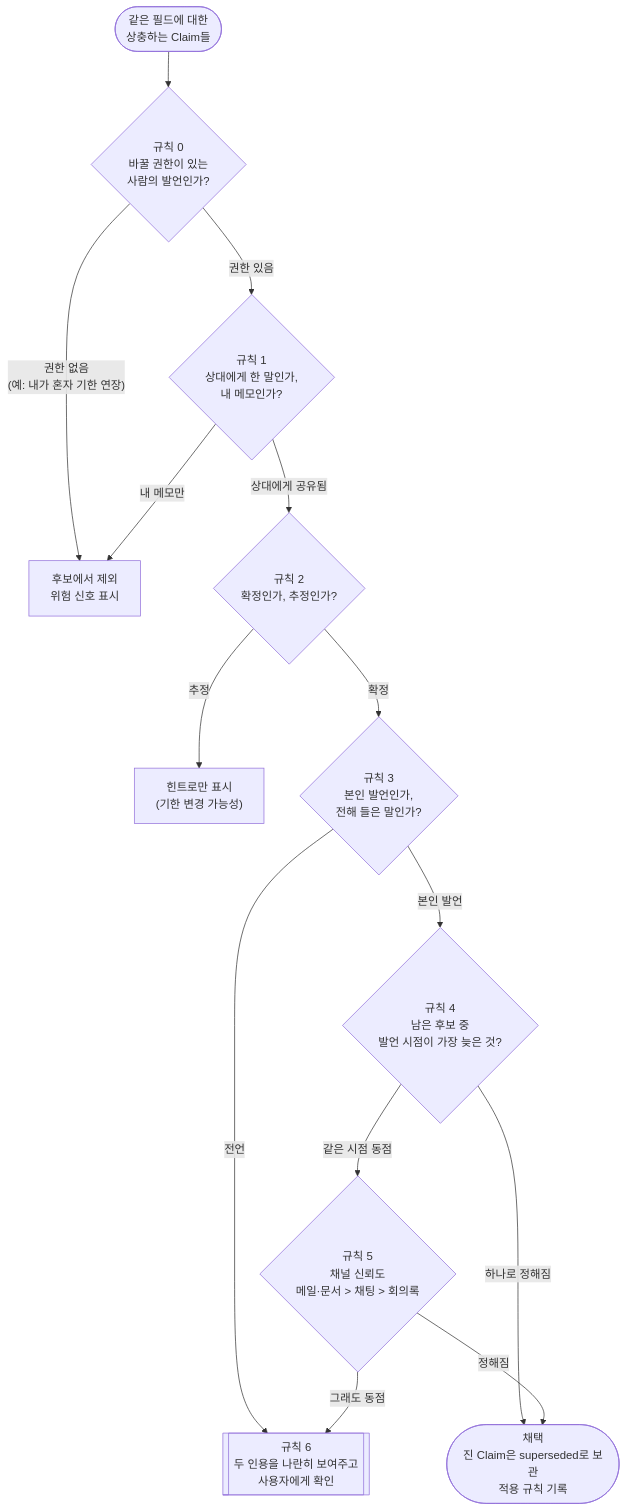
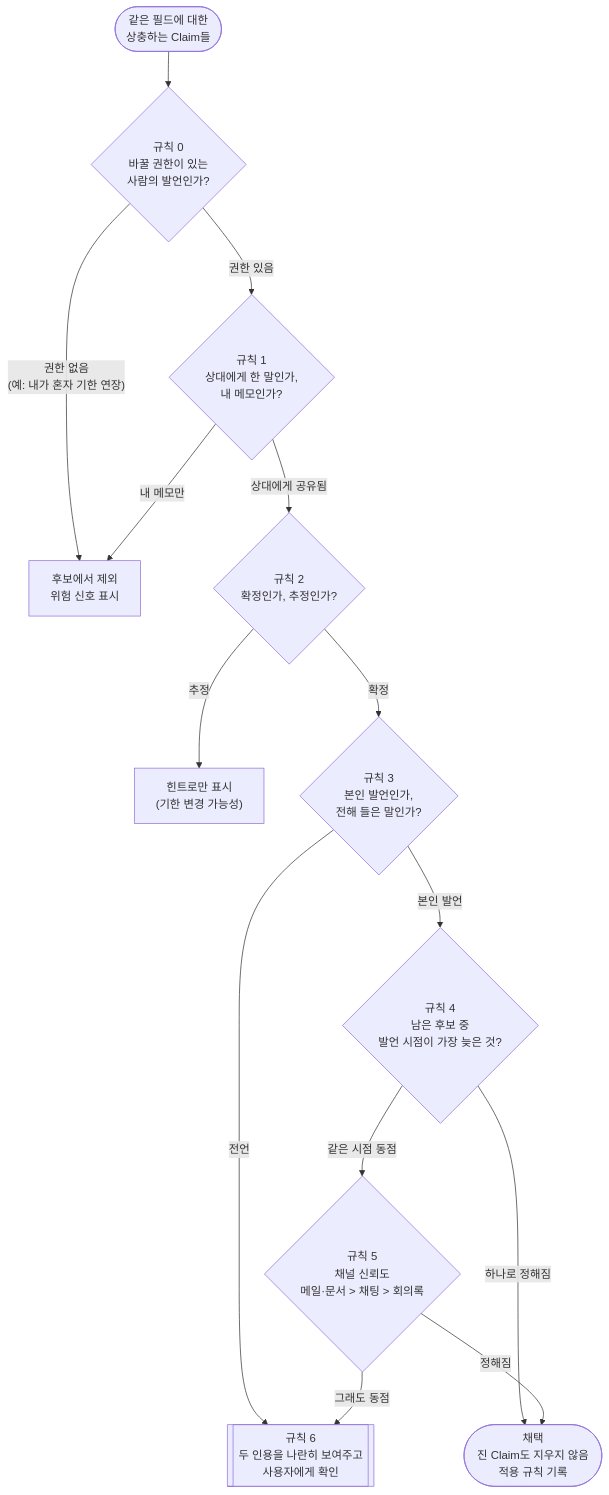
The third of 6 diagrams in docs/ARCHITECTURE.md (songch9511/taskforce-new), drawn with Mermaid before and after one commit. The commit also changed other lines of this file and 9 other files, not shown here.

````diff
--- a/docs/ARCHITECTURE.md
+++ b/docs/ARCHITECTURE.md
@@ -156,16 +157,16 @@
 ```mermaid
 flowchart TD
     S([같은 필드에 대한<br/>상충하는 Claim들]) --> R0{"규칙 0<br/>바꿀 권한이 있는<br/>사람의 발언인가?"}
     R0 -- "권한 없음<br/>(예: 내가 혼자 기한 연장)" --> DIS["후보에서 제외<br/>위험 신호 표시"]
     R0 -- 권한 있음 --> R1{"규칙 1<br/>상대에게 한 말인가,<br/>내 메모인가?"}
     R1 -- 내 메모만 --> DIS
     R1 -- 상대에게 공유됨 --> R2{"규칙 2<br/>확정인가, 추정인가?"}
     R2 -- 추정 --> HINT["힌트로만 표시<br/>(기한 변경 가능성)"]
     R2 -- 확정 --> R3{"규칙 3<br/>본인 발언인가,<br/>전해 들은 말인가?"}
     R3 -- 전언 --> ASK
     R3 -- 본인 발언 --> R4{"규칙 4<br/>남은 후보 중<br/>발언 시점이 가장 늦은 것?"}
     R4 -- 하나로 정해짐 --> WIN
     R4 -- 같은 시점 동점 --> R5{"규칙 5<br/>채널 신뢰도<br/>메일·문서 > 채팅 > 회의록"}
-    R5 -- 정해짐 --> WIN(["채택<br/>진 Claim은 superseded로 보관<br/>적용 규칙 기록"])
+    R5 -- 정해짐 --> WIN(["채택<br/>진 Claim도 지우지 않음<br/>적용 규칙 기록"])
     R5 -- 그래도 동점 --> ASK[["규칙 6<br/>두 인용을 나란히 보여주고<br/>사용자에게 확인"]]
 ```
````
